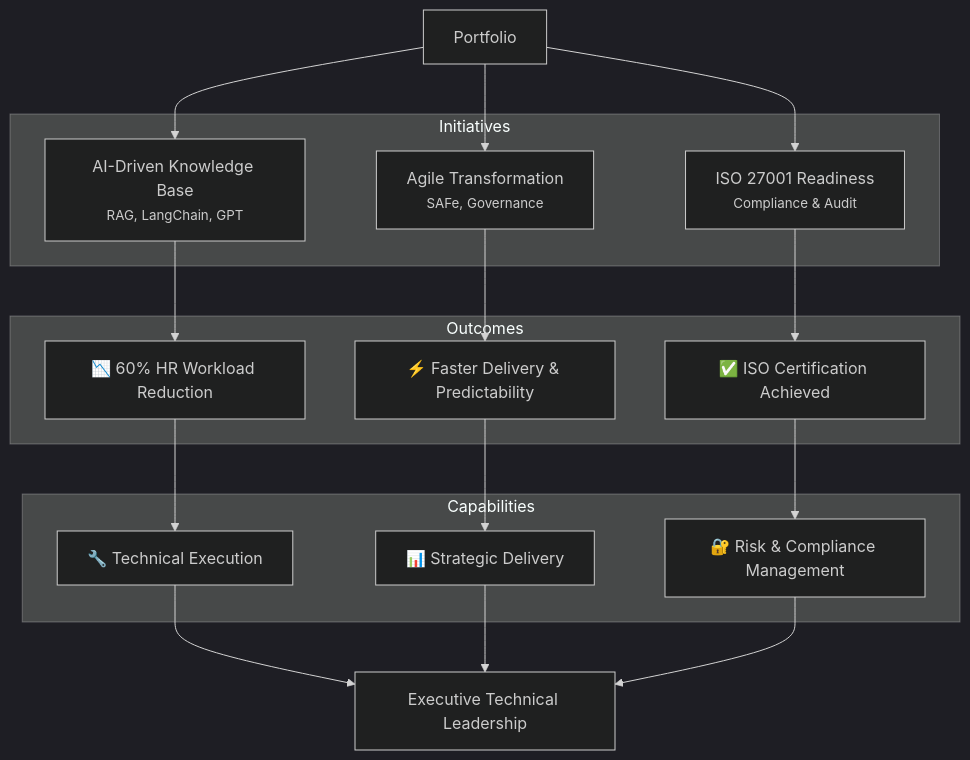
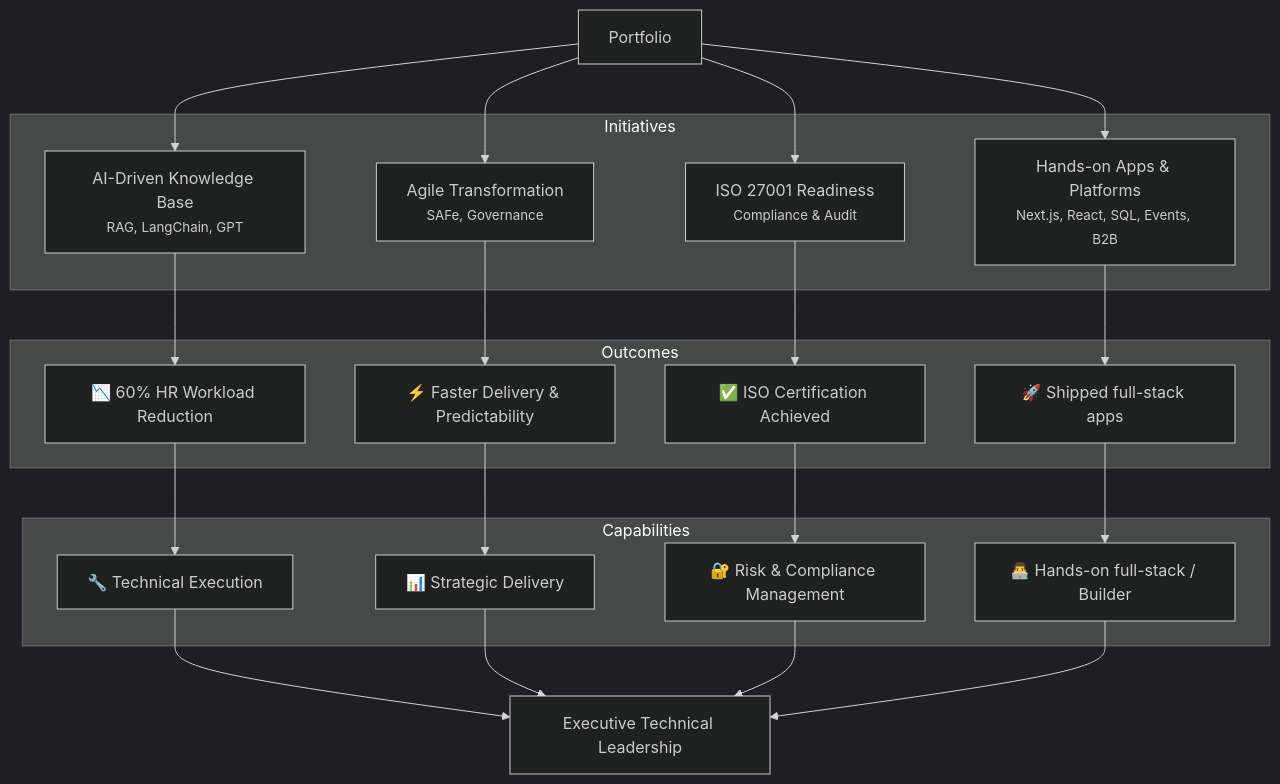
Before and after one commit to CSkarki/executive-tech-portfolio: the diagram in README.md, drawn with Mermaid (dark theme). The commit also changed other lines of this file, not shown here.

First line of the commit message:
Portfolio Map: add hands-on build stream; Key Highlights: add Hands-on Apps & Full-Stack Delivery; strengthen techie positioning

````diff
--- a/README.md
+++ b/README.md
@@ -70,34 +75,40 @@
 ```mermaid
 graph TD
     Start[Portfolio]
 
     subgraph Initiatives
         AI[AI-Driven Knowledge Base<br><small>RAG, LangChain, GPT</small>]
         AG[Agile Transformation<br><small>SAFe, Governance</small>]
         ISO[ISO 27001 Readiness<br><small>Compliance & Audit</small>]
+        BUILD[Hands-on Apps & Platforms<br><small>Next.js, React, SQL, Events, B2B</small>]
     end
 
     subgraph Outcomes
         O1[📉 60% HR Workload Reduction]
         O2[⚡ Faster Delivery & Predictability]
         O3[✅ ISO Certification Achieved]
+        O4[🚀 Shipped full-stack apps]
     end
 
     subgraph Capabilities
         C1[🔧 Technical Execution]
         C2[📊 Strategic Delivery]
         C3[🔐 Risk & Compliance Management]
+        C4[👨‍💻 Hands-on full-stack / Builder]
     end
 
     AI --> O1 --> C1
     AG --> O2 --> C2
     ISO --> O3 --> C3
+    BUILD --> O4 --> C4
 
     C1 --> CTO[Executive Technical Leadership]
     C2 --> CTO
     C3 --> CTO
+    C4 --> CTO
 
     Start --> AI
     Start --> AG
     Start --> ISO
+    Start --> BUILD
 ```
````
